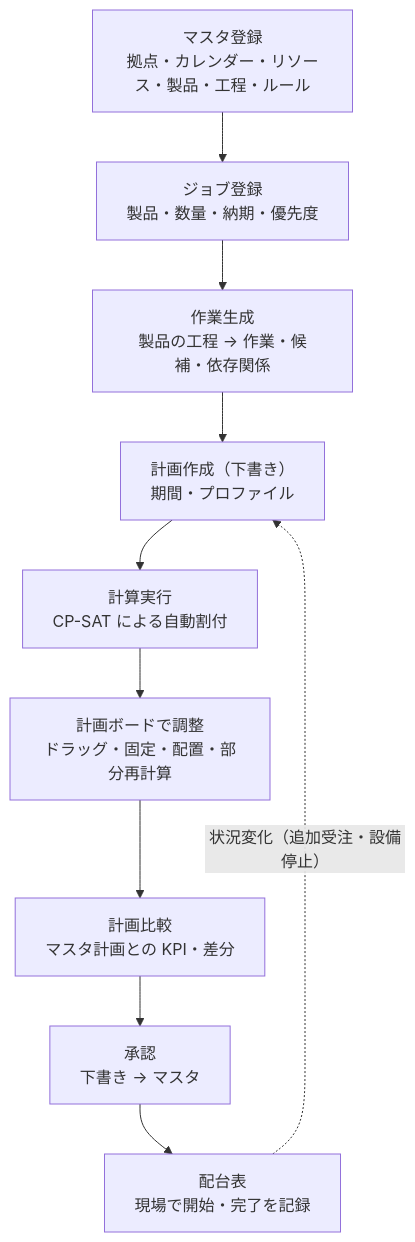
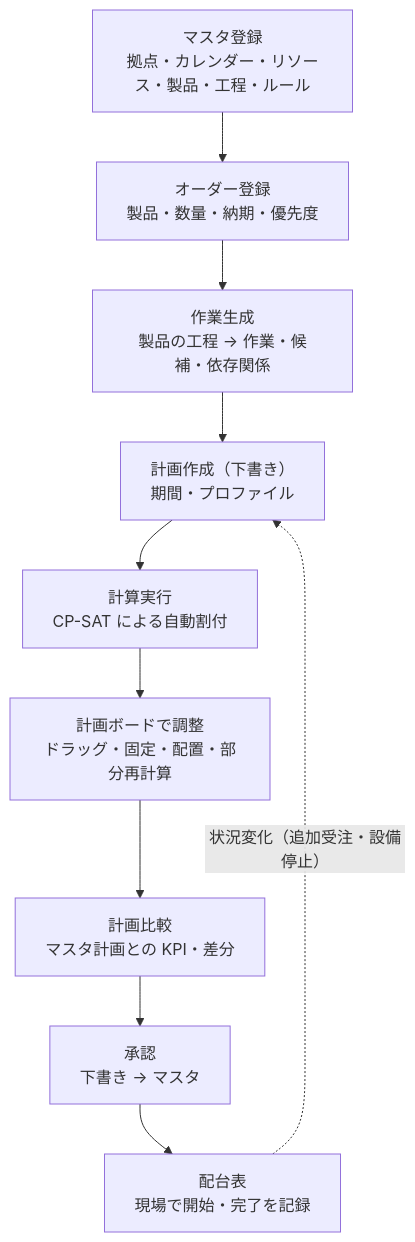
Before and after one commit to tds-dev/TONOPS-SCH-backend: the second of 4 diagrams in docs/SYSTEM_OVERVIEW.md, drawn with Mermaid. The commit also changed other lines of this file and 30 other files, not shown here.

````diff
--- a/docs/SYSTEM_OVERVIEW.md
+++ b/docs/SYSTEM_OVERVIEW.md
@@ -115,12 +117,12 @@
 ```mermaid
 flowchart TD
-  A["マスタ登録<br/>拠点・カレンダー・リソース・製品・工程・ルール"] --> B["ジョブ登録<br/>製品・数量・納期・優先度"]
+  A["マスタ登録<br/>拠点・カレンダー・リソース・製品・工程・ルール"] --> B["オーダー登録<br/>製品・数量・納期・優先度"]
   B --> C["作業生成<br/>製品の工程 → 作業・候補・依存関係"]
   C --> D["計画作成（下書き）<br/>期間・プロファイル"]
   D --> E["計算実行<br/>CP-SAT による自動割付"]
   E --> F["計画ボードで調整<br/>ドラッグ・固定・配置・部分再計算"]
   F --> G["計画比較<br/>マスタ計画との KPI・差分"]
   G --> H["承認<br/>下書き → マスタ"]
   H --> I["配台表<br/>現場で開始・完了を記録"]
   I -.->|"状況変化（追加受注・設備停止）"| D
 ```
````
